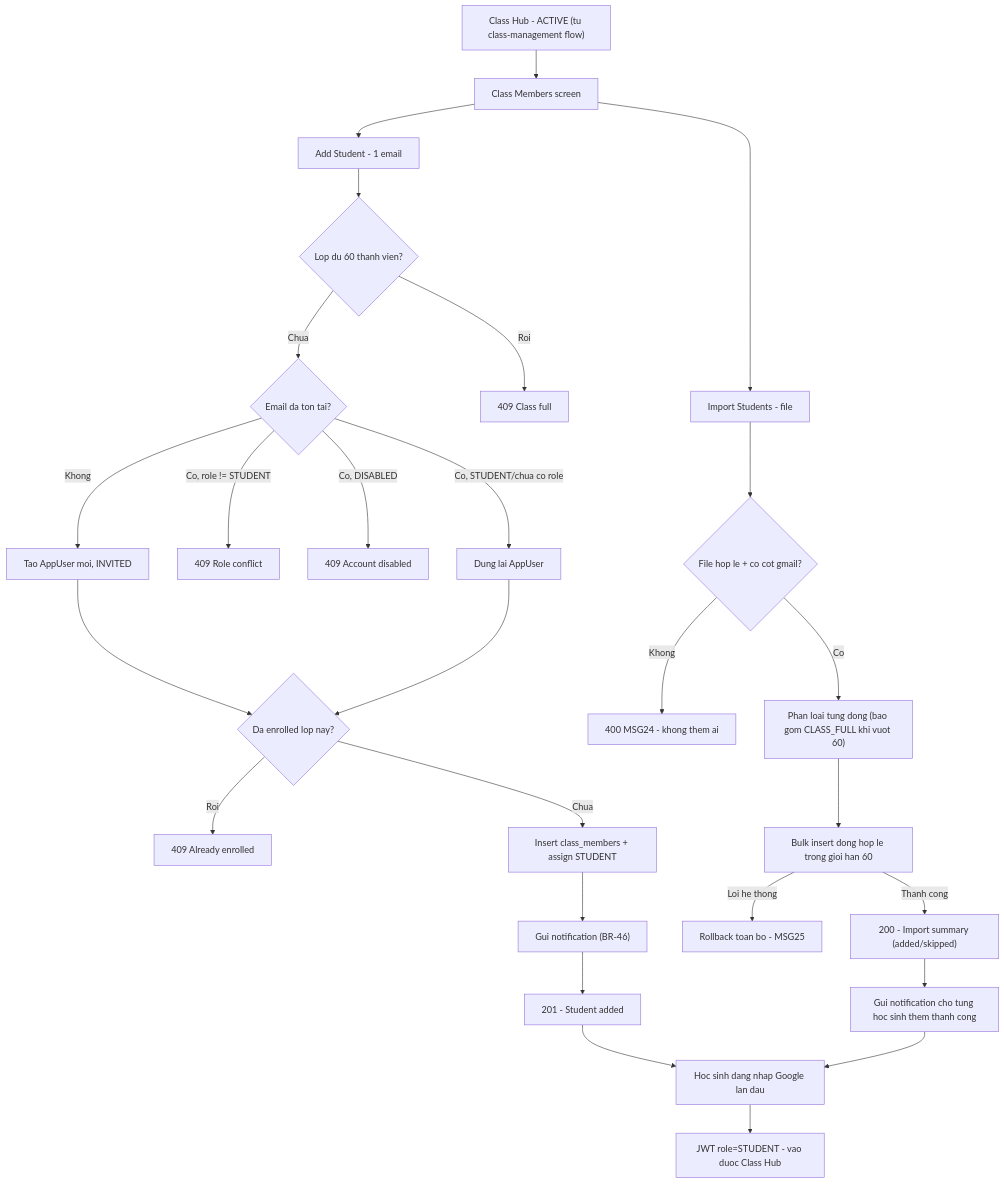
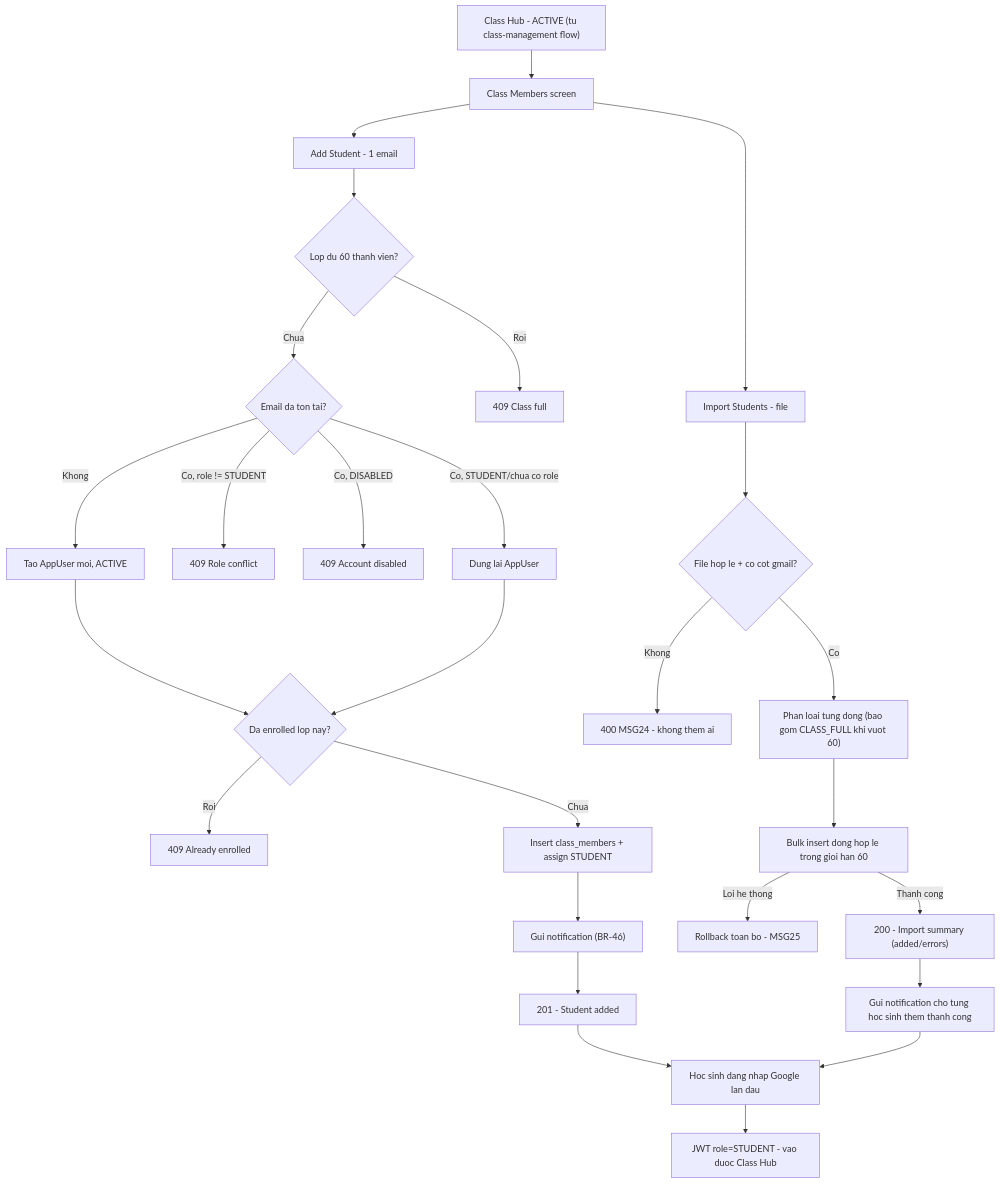
Before and after one commit to EduA-system/EduA-system: the diagram in designs/add-student/flow.md, drawn with Mermaid. The commit also changed other lines of this file and 25 other files, not shown here.

````diff
--- a/designs/add-student/flow.md
+++ b/designs/add-student/flow.md
@@ -184,32 +193,32 @@
 ```mermaid
 flowchart TD
     activeHub["Class Hub - ACTIVE (tu class-management flow)"] --> members["Class Members screen"]
     members --> addOne["Add Student - 1 email"]
     members --> importMany["Import Students - file"]
 
     addOne --> checkCapacity{"Lop du 60 thanh vien?"}
     checkCapacity -- "Roi" --> full409["409 Class full"]
     checkCapacity -- "Chua" --> resolveUser{"Email da ton tai?"}
-    resolveUser -- "Khong" --> createUser["Tao AppUser moi, INVITED"]
+    resolveUser -- "Khong" --> createUser["Tao AppUser moi, ACTIVE"]
     resolveUser -- "Co, role != STUDENT" --> conflict409["409 Role conflict"]
     resolveUser -- "Co, DISABLED" --> disabled409["409 Account disabled"]
     resolveUser -- "Co, STUDENT/chua co role" --> reuseUser["Dung lai AppUser"]
     createUser --> checkEnrolled{"Da enrolled lop nay?"}
     reuseUser --> checkEnrolled
     checkEnrolled -- "Roi" --> dup409["409 Already enrolled"]
     checkEnrolled -- "Chua" --> insertMember["Insert class_members + assign STUDENT"]
     insertMember --> notify["Gui notification (BR-46)"]
     notify --> memberAdded["201 - Student added"]
 
     importMany --> validateFile{"File hop le + co cot gmail?"}
     validateFile -- "Khong" --> fileError["400 MSG24 - khong them ai"]
     validateFile -- "Co" --> parseRows["Phan loai tung dong (bao gom CLASS_FULL khi vuot 60)"]
     parseRows --> bulkInsert["Bulk insert dong hop le trong gioi han 60"]
     bulkInsert -- "Loi he thong" --> rollback["Rollback toan bo - MSG25"]
-    bulkInsert -- "Thanh cong" --> importSummary["200 - Import summary (added/skipped)"]
+    bulkInsert -- "Thanh cong" --> importSummary["200 - Import summary (added/errors)"]
     importSummary --> notifyEach["Gui notification cho tung hoc sinh them thanh cong"]
 
     memberAdded --> studentLogin["Hoc sinh dang nhap Google lan dau"]
     notifyEach --> studentLogin
     studentLogin --> loggedIn["JWT role=STUDENT - vao duoc Class Hub"]
 ```
````
